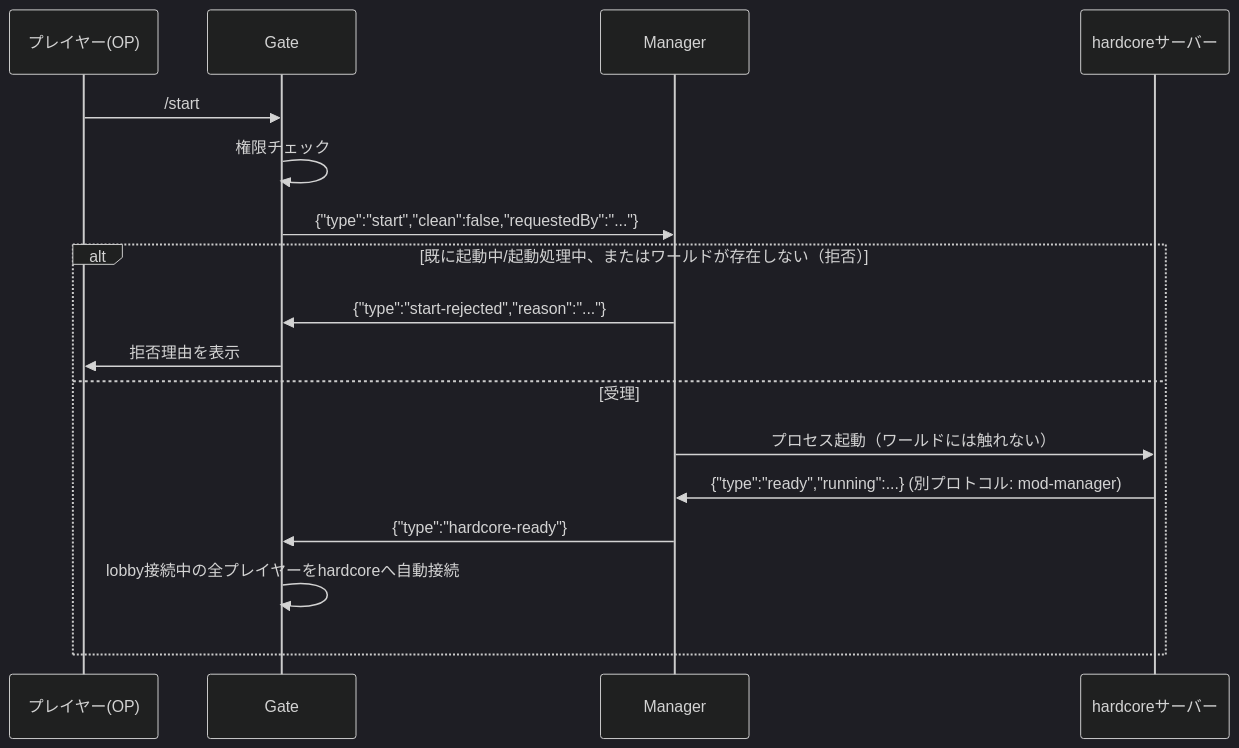
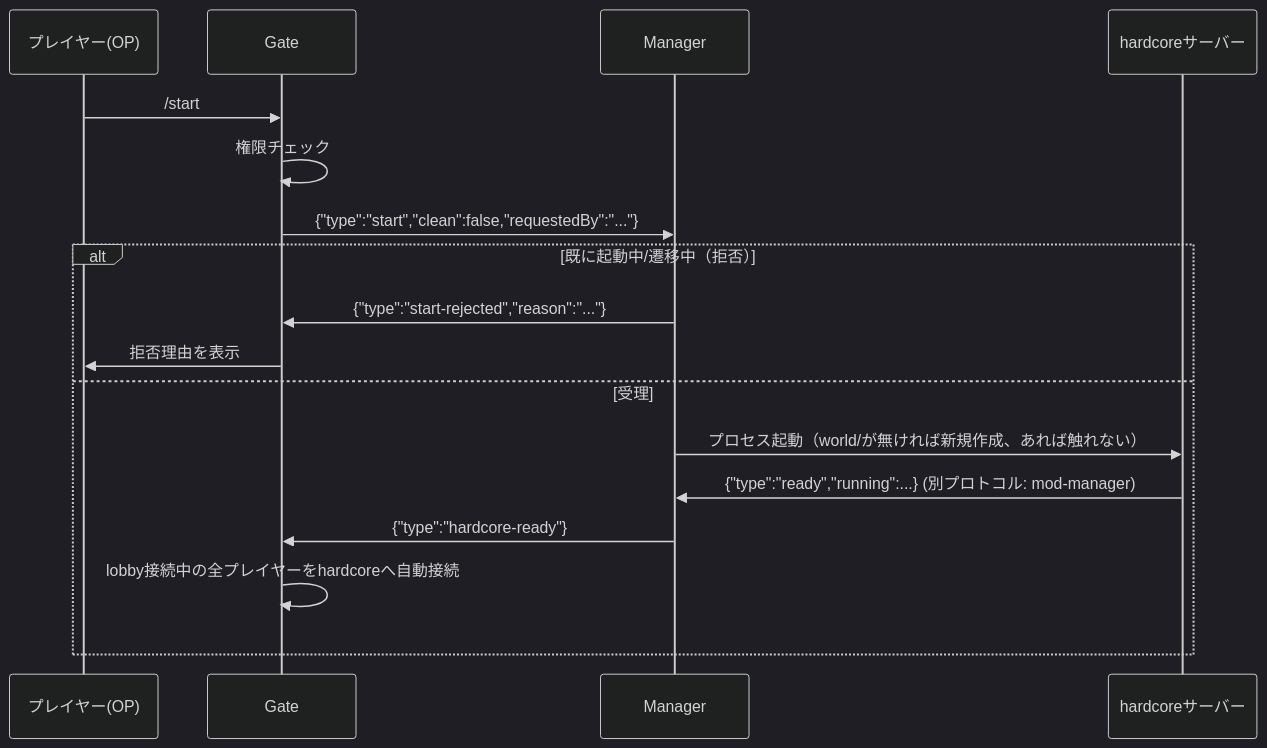
One commit to RayLight1732/hardcore-together-manager changed the third of 4 diagrams in docs/protocol-gate-manager.md. Above: the diagram before and after it, drawn with Mermaid (dark theme). The commit also changed other lines of this file and 4 other files, not shown here.

````diff
--- a/docs/protocol-gate-manager.md
+++ b/docs/protocol-gate-manager.md
@@ -272,20 +272,20 @@
 ```mermaid
 sequenceDiagram
     participant P as プレイヤー(OP)
     participant G as Gate
     participant M as Manager
     participant H as hardcoreサーバー
 
     P->>G: /start
     G->>G: 権限チェック
     G->>M: {"type":"start","clean":false,"requestedBy":"..."}
-    alt 既に起動中/起動処理中、またはワールドが存在しない（拒否）
+    alt 既に起動中/遷移中（拒否）
         M->>G: {"type":"start-rejected","reason":"..."}
         G->>P: 拒否理由を表示
     else 受理
-        M->>H: プロセス起動（ワールドには触れない）
+        M->>H: プロセス起動（world/が無ければ新規作成、あれば触れない）
         H->>M: {"type":"ready","running":...}  (別プロトコル: mod-manager)
         M->>G: {"type":"hardcore-ready"}
         G->>G: lobby接続中の全プレイヤーをhardcoreへ自動接続
     end
 ```
````
